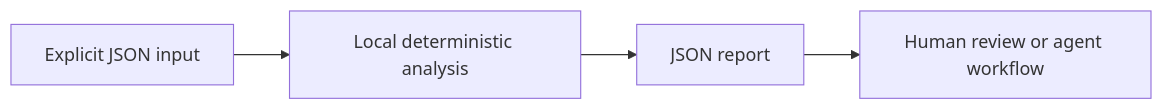
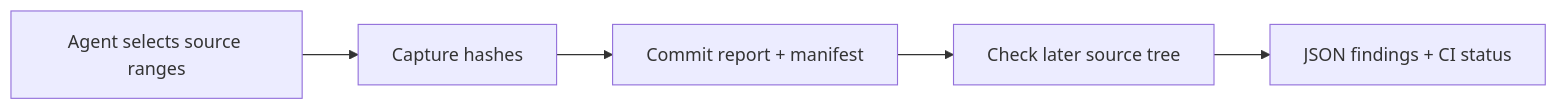
One commit to XingCEO/evidence-link-audit changed the diagram in README.md. Above: the diagram before and after it, drawn with Mermaid. The commit also changed other lines of this file and 12 other files, not shown here.

First line of the commit message:
feat: capture and check repository evidence

````diff
--- a/README.md
+++ b/README.md
@@ -24,6 +24,7 @@
 ```mermaid
 flowchart LR
-    A[Explicit JSON input] --> B[Local deterministic analysis]
-    B --> C[JSON report]
-    C --> D[Human review or agent workflow]
+    A[Agent selects source ranges] --> B[Capture hashes]
+    B --> C[Commit report + manifest]
+    C --> D[Check later source tree]
+    D --> E[JSON findings + CI status]
 ```
````
